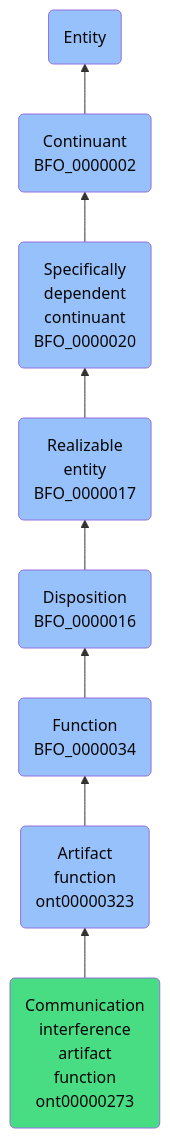
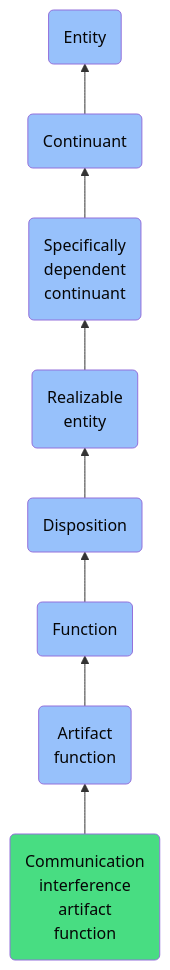
Before and after one commit to jupyter-naas/abi: the diagram in docs/ontology/reference/model/Entity/Continuant/Specifically dependent continuant/Realizable entity/Disposition/Function/Artifact function/Communication interference artifact function/Communication interference artifact function.md, drawn with Mermaid. The commit also changed other lines of this file and 1430 other files, not shown here.

````diff
--- a/docs/ontology/reference/model/Entity/Continuant/Specifically dependent continuant/Realizable entity/Disposition/Function/Artifact function/Communication interference artifact function/Communication interference artifact function.md
+++ b/docs/ontology/reference/model/Entity/Continuant/Specifically dependent continuant/Realizable entity/Disposition/Function/Artifact function/Communication interference artifact function/Communication interference artifact function.md
@@ -24,15 +24,15 @@
 ```mermaid
 graph BT
-    ont00000273(Communication<br>interference<br>artifact<br>function<br>ont00000273):::ABI-->ont00000323
-    ont00000323(Artifact<br>function<br>ont00000323):::BFO-->BFO_0000034
-    BFO_0000034(Function<br>BFO_0000034):::BFO-->BFO_0000016
-    BFO_0000016(Disposition<br>BFO_0000016):::BFO-->BFO_0000017
-    BFO_0000017(Realizable<br>entity<br>BFO_0000017):::BFO-->BFO_0000020
-    BFO_0000020(Specifically<br>dependent<br>continuant<br>BFO_0000020):::BFO-->BFO_0000002
-    BFO_0000002(Continuant<br>BFO_0000002):::BFO-->BFO_0000001
+    ont00000273(Communication<br>interference<br>artifact<br>function):::ABI-->ont00000323
+    ont00000323(Artifact<br>function):::BFO-->BFO_0000034
+    BFO_0000034(Function):::BFO-->BFO_0000016
+    BFO_0000016(Disposition):::BFO-->BFO_0000017
+    BFO_0000017(Realizable<br>entity):::BFO-->BFO_0000020
+    BFO_0000020(Specifically<br>dependent<br>continuant):::BFO-->BFO_0000002
+    BFO_0000002(Continuant):::BFO-->BFO_0000001
     BFO_0000001(Entity):::BFO
     
     classDef BFO fill:#97c1fb,color:#060606
     classDef CCO fill:#e4c51e,color:#060606
     classDef ABI fill:#48DD82,color:#060606
 ```
````
